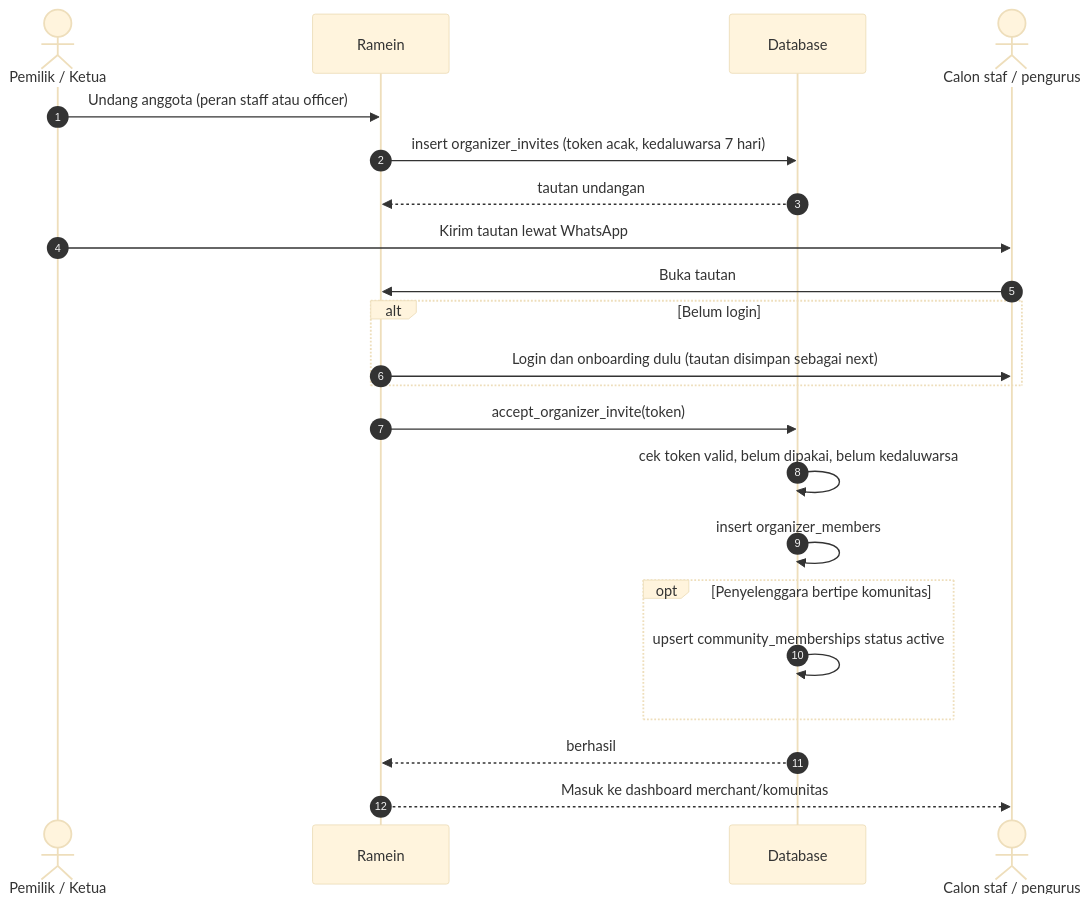
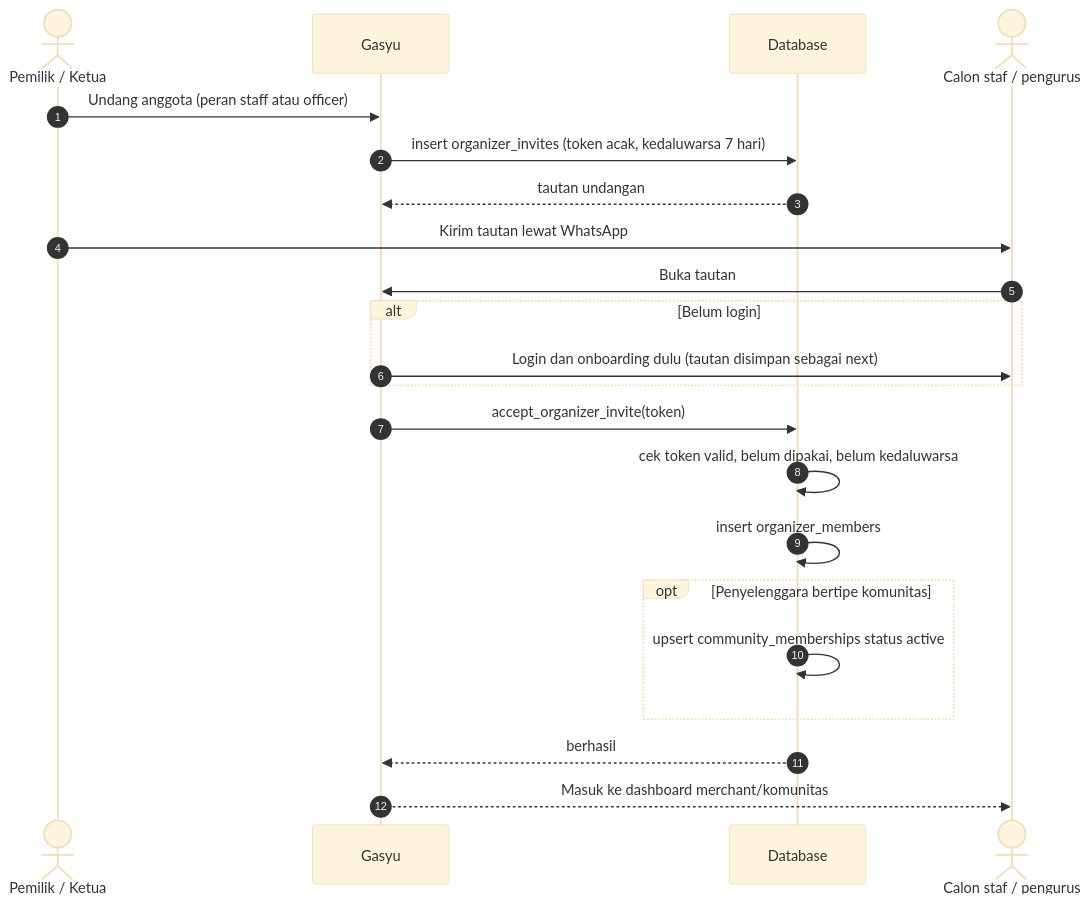
Before and after one commit to mirwanma/gasyu: the fifth of 26 diagrams in docs/ALUR-SISTEM.md, drawn with Mermaid (base theme). The commit also changed other lines of this file and 71 other files, not shown here.

First line of the commit message:
Ganti nama aplikasi dari Ramein menjadi Gasyu

````diff
--- a/docs/ALUR-SISTEM.md
+++ b/docs/ALUR-SISTEM.md
@@ -236,24 +236,24 @@
 ```mermaid
 sequenceDiagram
     autonumber
     actor P as Pemilik / Ketua
-    participant App as Ramein
+    participant App as Gasyu
     participant DB as Database
     actor S as Calon staf / pengurus
     P->>App: Undang anggota (peran staff atau officer)
     App->>DB: insert organizer_invites (token acak, kedaluwarsa 7 hari)
     DB-->>App: tautan undangan
     P->>S: Kirim tautan lewat WhatsApp
     S->>App: Buka tautan
     alt Belum login
         App->>S: Login dan onboarding dulu (tautan disimpan sebagai next)
     end
     App->>DB: accept_organizer_invite(token)
     DB->>DB: cek token valid, belum dipakai, belum kedaluwarsa
     DB->>DB: insert organizer_members
     opt Penyelenggara bertipe komunitas
         DB->>DB: upsert community_memberships status active
     end
     DB-->>App: berhasil
     App-->>S: Masuk ke dashboard merchant/komunitas
 ```
````
